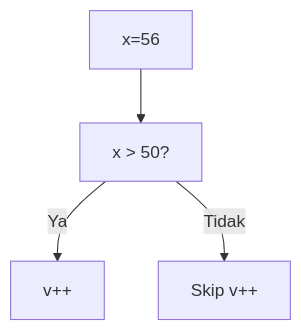
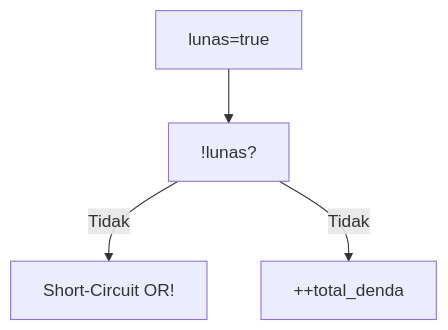
One commit to amnahwaida/OSNK_INF_PREP changed the fourth of 25 diagrams in part-c-pemahaman-cpp/02-percabangan/latihan/set-07.md. Above: the diagram before and after it, drawn with Mermaid. The commit also changed other lines of this file and 71 other files, not shown here.

````diff
--- a/part-c-pemahaman-cpp/02-percabangan/latihan/set-07.md
+++ b/part-c-pemahaman-cpp/02-percabangan/latihan/set-07.md
@@ -105,6 +111,6 @@
 ```mermaid
 graph TD
-A["x=56"] --> B["x > 50?"]
-B -- Ya --> C["v++"]
-B -- Tidak --> D["Skip v++"]
+A["lunas=true"] --> B["!lunas?"]
+B -- Tidak --> C["Short-Circuit OR!"]
+B -- Tidak --> D["++total_denda"]
 ```
````
